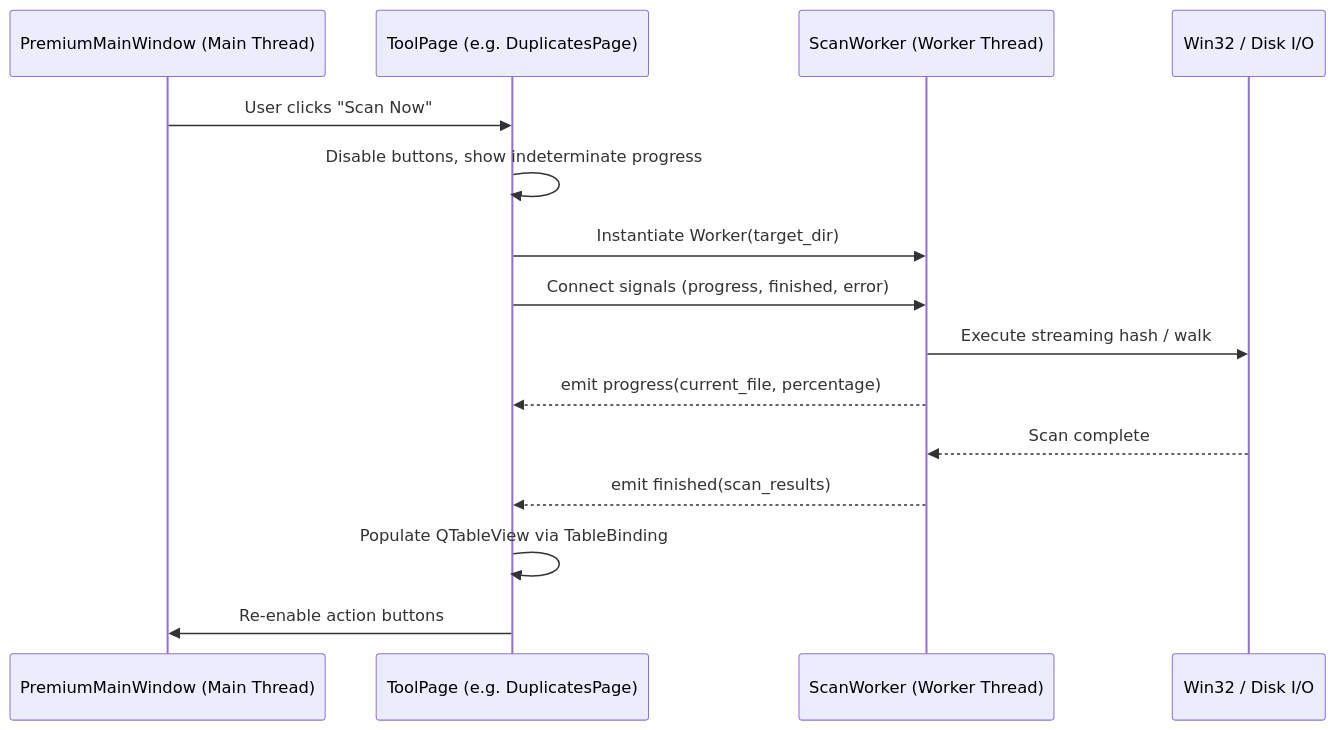
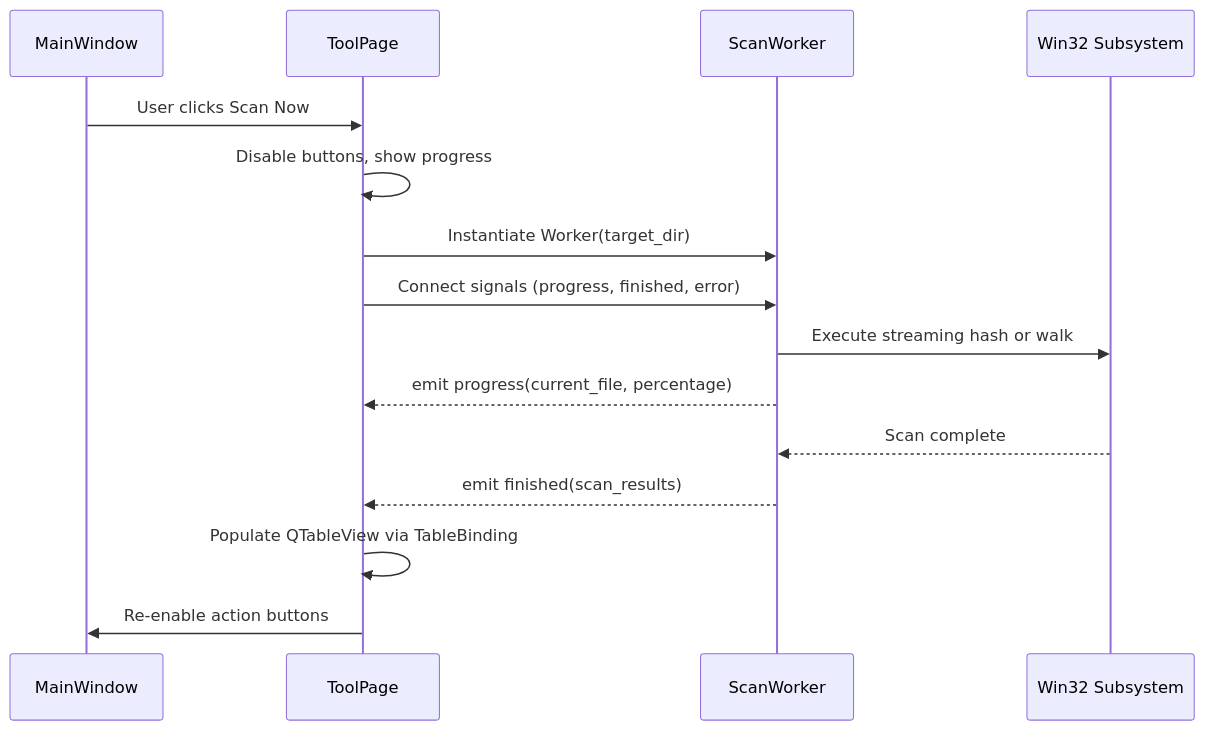
The diagram in docs/dev/threading-safety.md (Destroyer-official/Cortex-Workstation), drawn with Mermaid before and after one commit. The commit also changed 5 other files, not shown here.

Commit message:
docs: fix Mermaid diagram syntax, typography spacing, and doc cross-links

````diff
--- a/docs/dev/threading-safety.md
+++ b/docs/dev/threading-safety.md
@@ -33,18 +33,18 @@
 ```mermaid
 sequenceDiagram
-    participant UI as PremiumMainWindow (Main Thread)
-    participant Page as ToolPage (e.g. DuplicatesPage)
-    participant Worker as ScanWorker (Worker Thread)
-    participant OS as Win32 / Disk I/O
+    participant UI as MainWindow
+    participant Page as ToolPage
+    participant Worker as ScanWorker
+    participant OS as Win32 Subsystem
 
-    UI->>Page: User clicks "Scan Now"
-    Page->>Page: Disable buttons, show indeterminate progress
+    UI->>Page: User clicks Scan Now
+    Page->>Page: Disable buttons, show progress
     Page->>Worker: Instantiate Worker(target_dir)
     Page->>Worker: Connect signals (progress, finished, error)
-    Worker->>OS: Execute streaming hash / walk
+    Worker->>OS: Execute streaming hash or walk
     Worker-->>Page: emit progress(current_file, percentage)
     OS-->>Worker: Scan complete
     Worker-->>Page: emit finished(scan_results)
     Page->>Page: Populate QTableView via TableBinding
     Page->>UI: Re-enable action buttons
 ```
````
